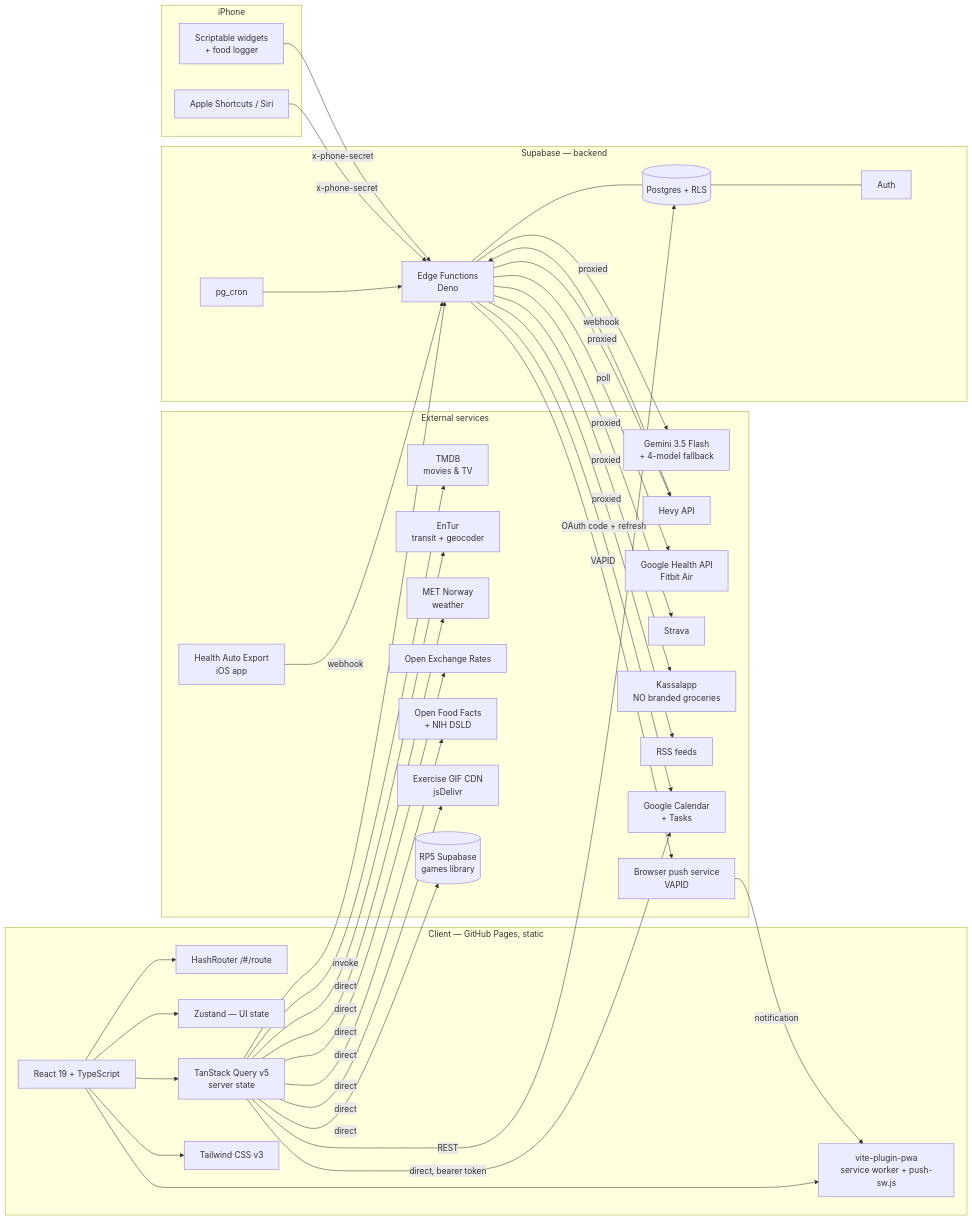
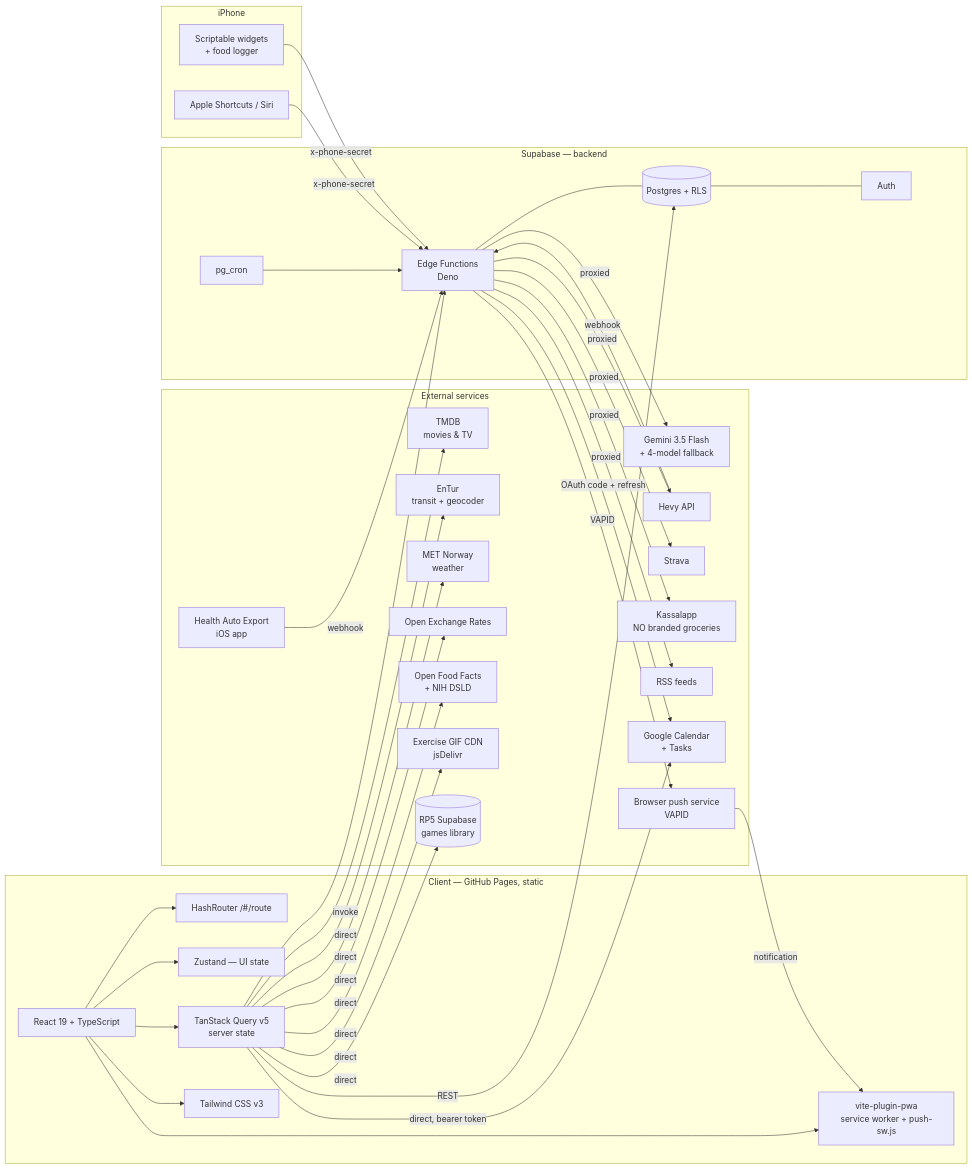
Before and after one commit to Lasciviens/Project_Daily: the second of 3 diagrams in README.md, drawn with Mermaid. The commit also changed other lines of this file and 26 other files, not shown here.

First line of the commit message:
Remove Google Fitbit/Google Health integration entirely

````diff
--- a/README.md
+++ b/README.md
@@ -64,76 +64,74 @@
 ```mermaid
 flowchart LR
     subgraph Client["Client — GitHub Pages, static"]
         R[React 19 + TypeScript]
         RR[HashRouter /#/route]
         Z[Zustand — UI state]
         TQ[TanStack Query v5<br/>server state]
         TW[Tailwind CSS v3]
         SW[vite-plugin-pwa<br/>service worker + push-sw.js]
         R --> RR
         R --> Z
         R --> TQ
         R --> TW
         R --> SW
     end
 
     subgraph Phone["iPhone"]
         SHORT[Apple Shortcuts / Siri]
         SCRIPT[Scriptable widgets<br/>+ food logger]
     end
 
     subgraph Supabase["Supabase — backend"]
         PG[(Postgres + RLS)]
         AUTH[Auth]
         EF[Edge Functions<br/>Deno]
         CRON[pg_cron]
         PG --- AUTH
         EF --- PG
         CRON --> EF
     end
 
     subgraph APIs["External services"]
         GEMINI[Gemini 3.5 Flash<br/>+ 4-model fallback]
         HEVY[Hevy API]
-        GHEALTH[Google Health API<br/>Fitbit Air]
         HAE[Health Auto Export<br/>iOS app]
         STRAVA[Strava]
         KASSAL[Kassalapp<br/>NO branded groceries]
         NEWS[RSS feeds]
         GCAL[Google Calendar<br/>+ Tasks]
         TMDB[TMDB<br/>movies & TV]
         ENTUR[EnTur<br/>transit + geocoder]
         MET[MET Norway<br/>weather]
         OXR[Open Exchange Rates]
         OFF[Open Food Facts<br/>+ NIH DSLD]
         GIFS[Exercise GIF CDN<br/>jsDelivr]
         RP5[(RP5 Supabase<br/>games library)]
         WEBPUSH[Browser push service<br/>VAPID]
     end
 
     TQ -->|REST| PG
     TQ -->|invoke| EF
     SHORT -->|x-phone-secret| EF
     SCRIPT -->|x-phone-secret| EF
 
     EF -->|proxied| GEMINI
     EF -->|proxied| HEVY
     HEVY -->|webhook| EF
-    EF -->|poll| GHEALTH
     HAE -->|webhook| EF
     EF -->|proxied| STRAVA
     EF -->|proxied| KASSAL
     EF -->|proxied| NEWS
     EF -->|OAuth code + refresh| GCAL
     EF -->|VAPID| WEBPUSH
     WEBPUSH -->|notification| SW
 
     TQ -->|direct| TMDB
     TQ -->|direct, bearer token| GCAL
     TQ -->|direct| ENTUR
     TQ -->|direct| MET
     TQ -->|direct| OXR
     TQ -->|direct| OFF
     TQ -->|direct| GIFS
     TQ -->|direct| RP5
 ```
````
